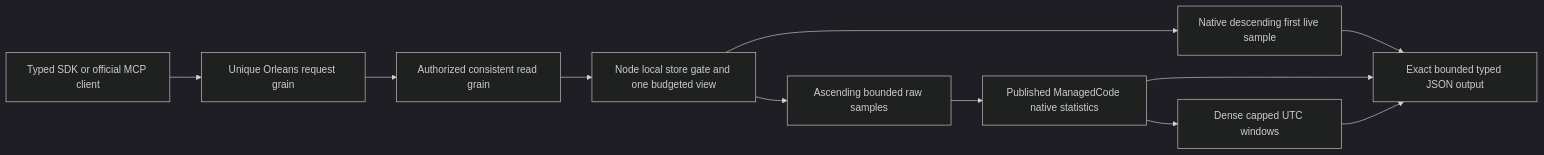
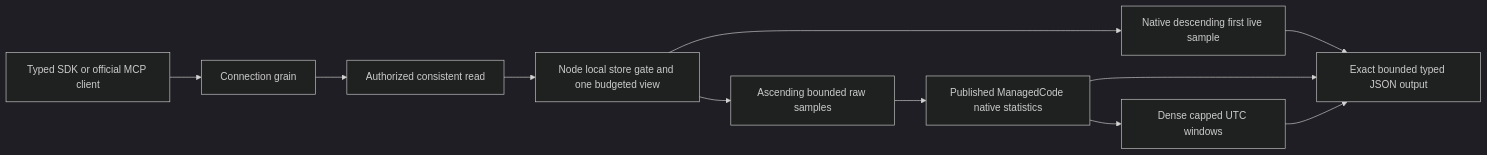
Before and after one commit to managedcode/KeyLoad: the diagram in docs/ADR/ADR-052-timeseries-bounded-aggregates.md, drawn with Mermaid (dark theme). The commit also changed other lines of this file and 7356 other files, not shown here.

````diff
--- a/docs/ADR/ADR-052-timeseries-bounded-aggregates.md
+++ b/docs/ADR/ADR-052-timeseries-bounded-aggregates.md
@@ -106,13 +105,13 @@
 ```mermaid
 flowchart LR
-    Client[Typed SDK or official MCP client] --> Request[Unique Orleans request grain]
-    Request --> Read[Authorized consistent read grain]
+    Client[Typed SDK or official MCP client] --> Request[Connection grain]
+    Request --> Read[Authorized consistent read]
     Read --> Gate[Node local store gate and one budgeted view]
     Gate --> Latest[Native descending first live sample]
     Gate --> Raw[Ascending bounded raw samples]
     Raw --> Native[Published ManagedCode native statistics]
     Native --> Windows[Dense capped UTC windows]
     Latest --> Result[Exact bounded typed JSON output]
     Native --> Result
     Windows --> Result
 ```
````
